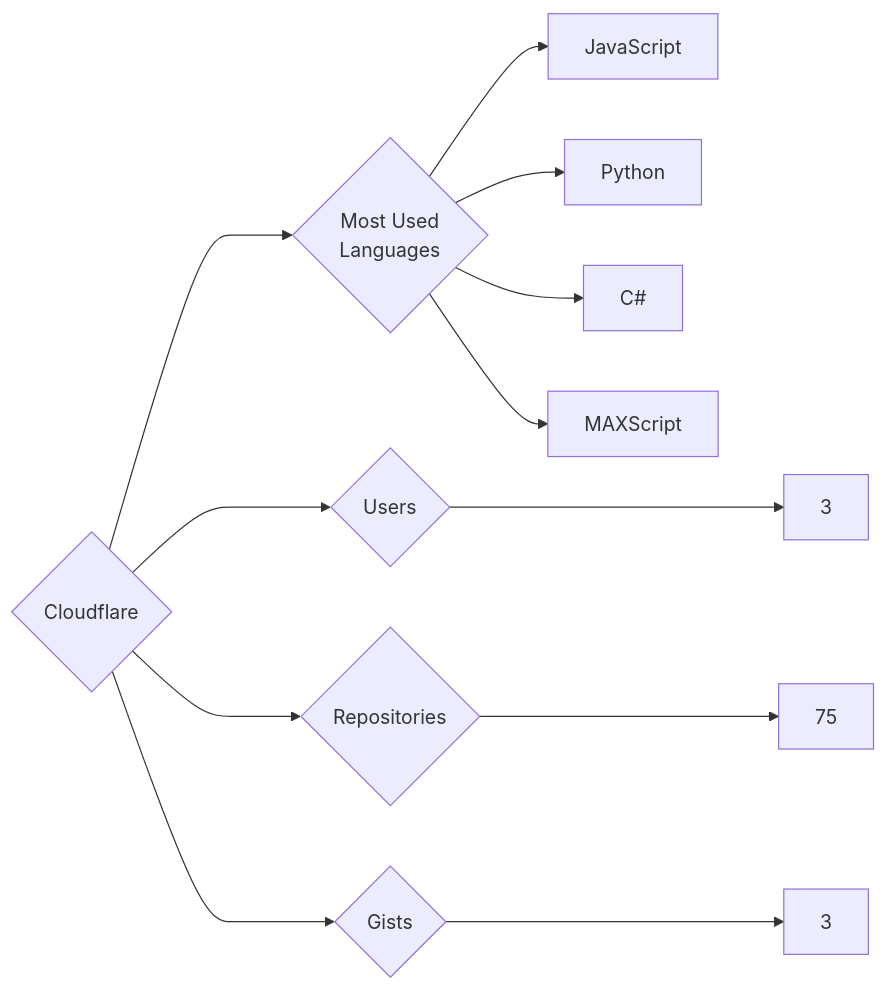
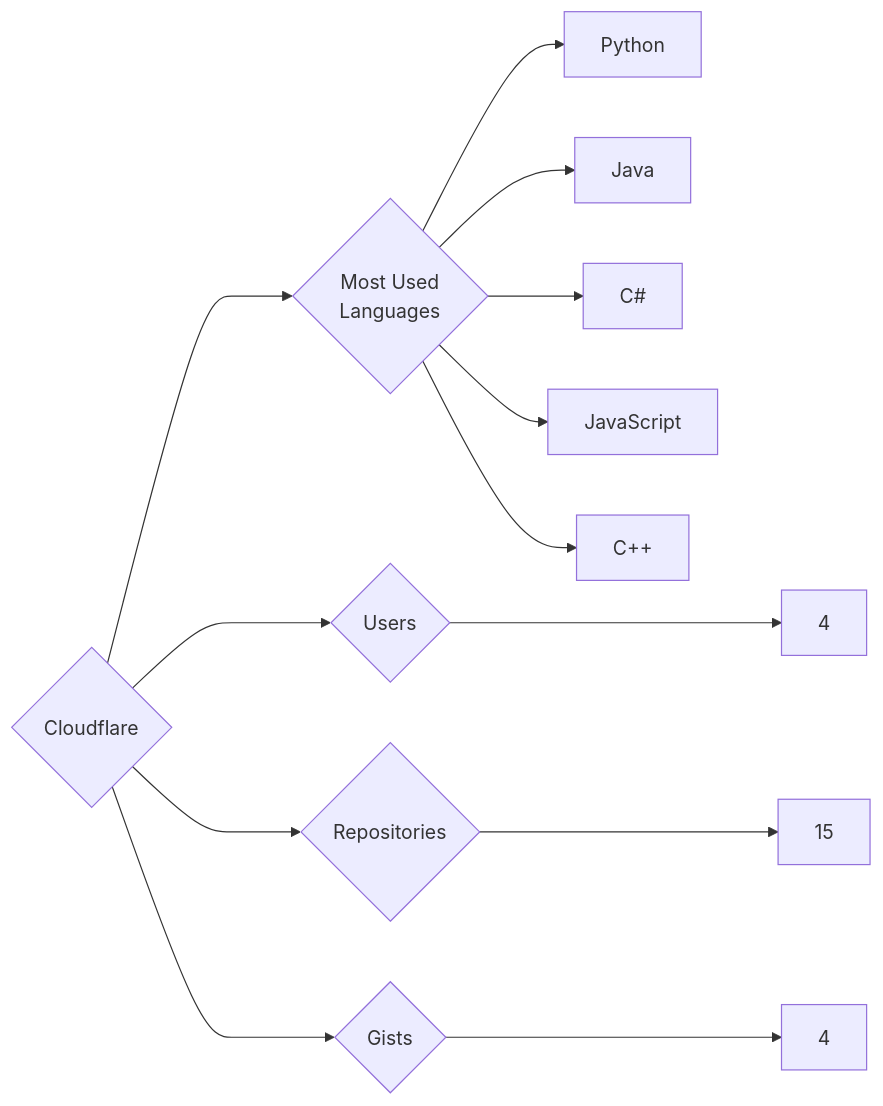
One commit to trickest/insiders changed the diagram in targets/Cloudflare/README.md. Above: the diagram before and after it, drawn with Mermaid. The commit also changed 1088 other files, not shown here.

````diff
--- a/targets/Cloudflare/README.md
+++ b/targets/Cloudflare/README.md
@@ -3,12 +3,13 @@
 ```mermaid
 graph LR
 COMPANY_NAME{Cloudflare}
-COMPANY_NAME ---> U{Users} ---> UN[3]
-COMPANY_NAME ---> R{Repositories} ---> RN[75]
-COMPANY_NAME ---> G{Gists} ---> GN[3]
+COMPANY_NAME ---> U{Users} ---> UN[4]
+COMPANY_NAME ---> R{Repositories} ---> RN[15]
+COMPANY_NAME ---> G{Gists} ---> GN[4]
 COMPANY_NAME ---> ML{Most Used<br>Languages}
+ML --> Python[Python]
+ML --> Java[Java]
+ML --> C#[C#]
 ML --> JavaScript[JavaScript]
-ML --> Python[Python]
-ML --> C#[C#]
-ML --> MAXScript[MAXScript]
+ML --> C++[C++]
 ```
````
